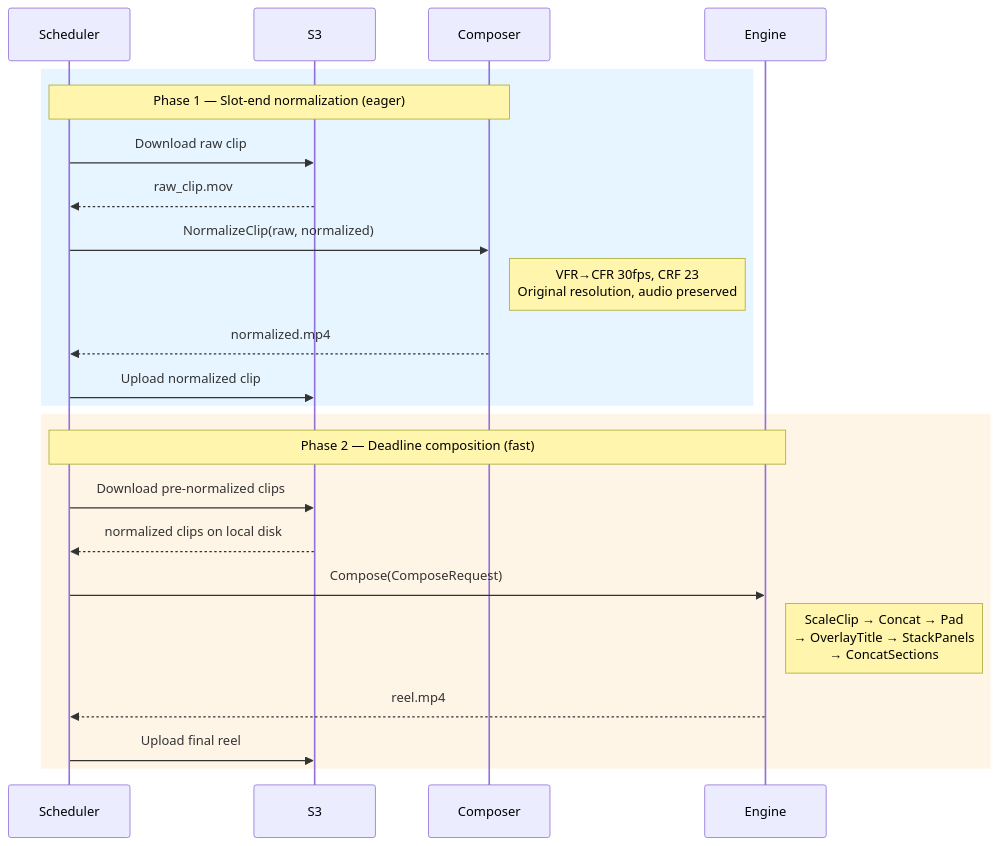
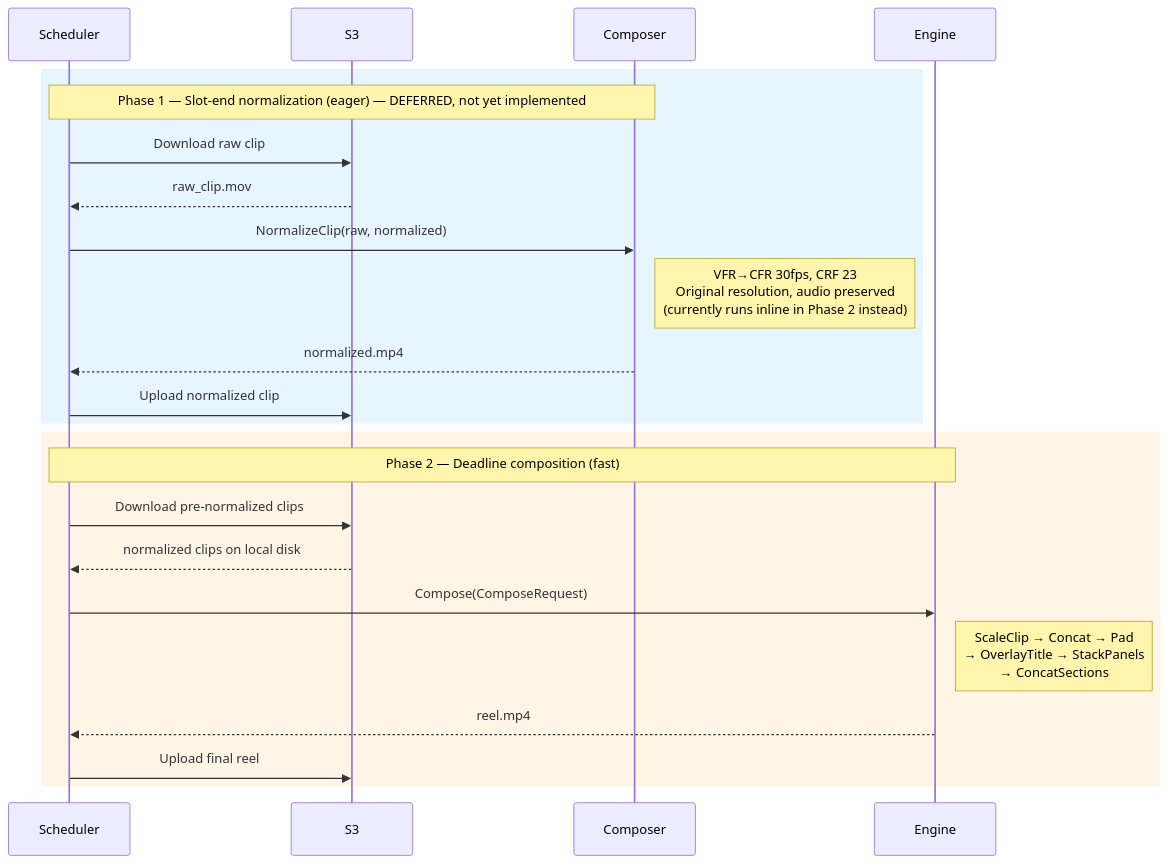
One commit to byuly/velo changed the third of 3 diagrams in server/internal/ffmpeg/ARCHITECTURE.md. Above: the diagram before and after it, drawn with Mermaid. The commit also changed 2 other files, not shown here.

Commit message:
docs: sync architecture and TASKS with current implementation
- architecture.md: correct JWT TTL (60-min, not 24h), add /auth/logout
  endpoint, add slot_participations.title field, note Phase 1 normalization
  deferred, note scheduler currently runs in API process (not worker)
- TASKS.md: mark Tasks 4, 12, 17, 18, 19 complete; Task 20 partial;
  document package divergences and queue bypass decision
- ffmpeg/ARCHITECTURE.md: mark Phase 1 as deferred in sequence diagram

````diff
--- a/server/internal/ffmpeg/ARCHITECTURE.md
+++ b/server/internal/ffmpeg/ARCHITECTURE.md
@@ -119,27 +119,27 @@
 ```mermaid
 sequenceDiagram
     participant Scheduler
     participant S3
     participant Composer
     participant Engine
 
     rect rgb(230, 245, 255)
-    note over Scheduler,Composer: Phase 1 — Slot-end normalization (eager)
+    note over Scheduler,Composer: Phase 1 — Slot-end normalization (eager) — DEFERRED, not yet implemented
     Scheduler->>S3: Download raw clip
     S3-->>Scheduler: raw_clip.mov
     Scheduler->>Composer: NormalizeClip(raw, normalized)
-    note right of Composer: VFR→CFR 30fps, CRF 23<br/>Original resolution, audio preserved
+    note right of Composer: VFR→CFR 30fps, CRF 23<br/>Original resolution, audio preserved<br/>(currently runs inline in Phase 2 instead)
     Composer-->>Scheduler: normalized.mp4
     Scheduler->>S3: Upload normalized clip
     end
 
     rect rgb(255, 245, 230)
     note over Scheduler,Engine: Phase 2 — Deadline composition (fast)
     Scheduler->>S3: Download pre-normalized clips
     S3-->>Scheduler: normalized clips on local disk
     Scheduler->>Engine: Compose(ComposeRequest)
     note right of Engine: ScaleClip → Concat → Pad<br/>→ OverlayTitle → StackPanels<br/>→ ConcatSections
     Engine-->>Scheduler: reel.mp4
     Scheduler->>S3: Upload final reel
     end
 ```
````
